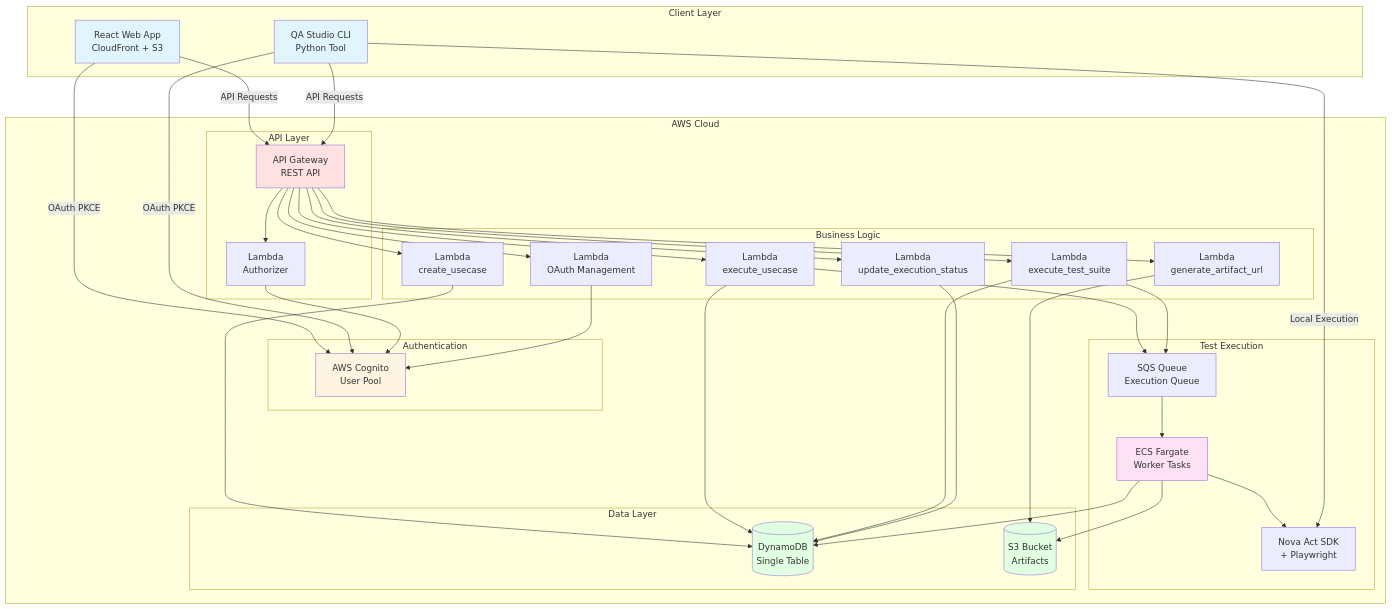
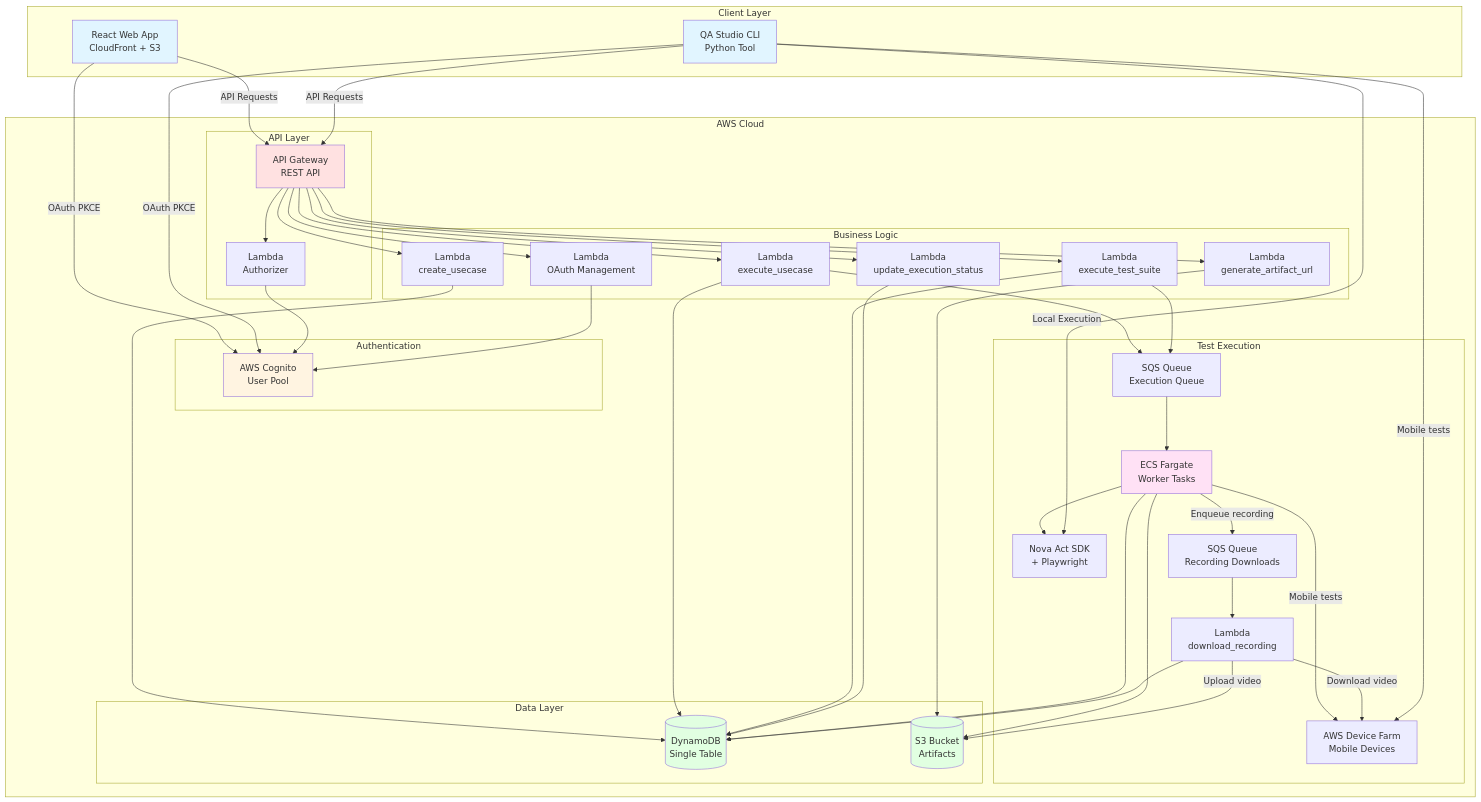
Before and after one commit to aws-samples/sample-qa-studio: the first of 5 diagrams in docs/architecture.md, drawn with Mermaid. The commit also changed other lines of this file and 113 other files, not shown here.

Commit message:
feat: add mobile testing support via AWS Device Farm

```diff
--- a/docs/architecture.md
+++ b/docs/architecture.md
@@ -47,6 +48,9 @@
             SQS[SQS Queue<br/>Execution Queue]
             ECS[ECS Fargate<br/>Worker Tasks]
             NovaAct[Nova Act SDK<br/>+ Playwright]
+            DeviceFarm[AWS Device Farm<br/>Mobile Devices]
+            RecordingQueue[SQS Queue<br/>Recording Downloads]
+            RecordingLambda[Lambda<br/>download_recording]
         end
         
         subgraph "Data Layer"
@@ -84,8 +88,15 @@
     ECS --> NovaAct
     ECS --> DynamoDB
     ECS --> S3
+    ECS -->|Mobile tests| DeviceFarm
+    ECS -->|Enqueue recording| RecordingQueue
+    RecordingQueue --> RecordingLambda
+    RecordingLambda -->|Download video| DeviceFarm
+    RecordingLambda -->|Upload video| S3
+    RecordingLambda --> DynamoDB
     
     CLI -->|Local Execution| NovaAct
+    CLI -->|Mobile tests| DeviceFarm
     
     style WebUI fill:#e1f5ff
     style CLI fill:#e1f5ff
```
